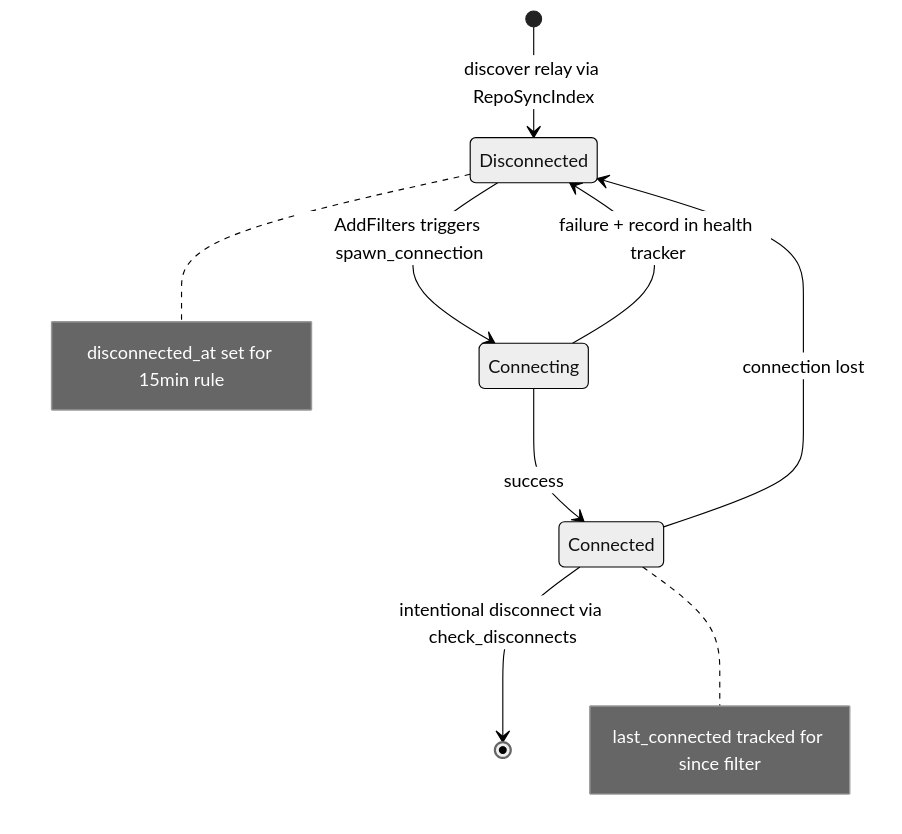
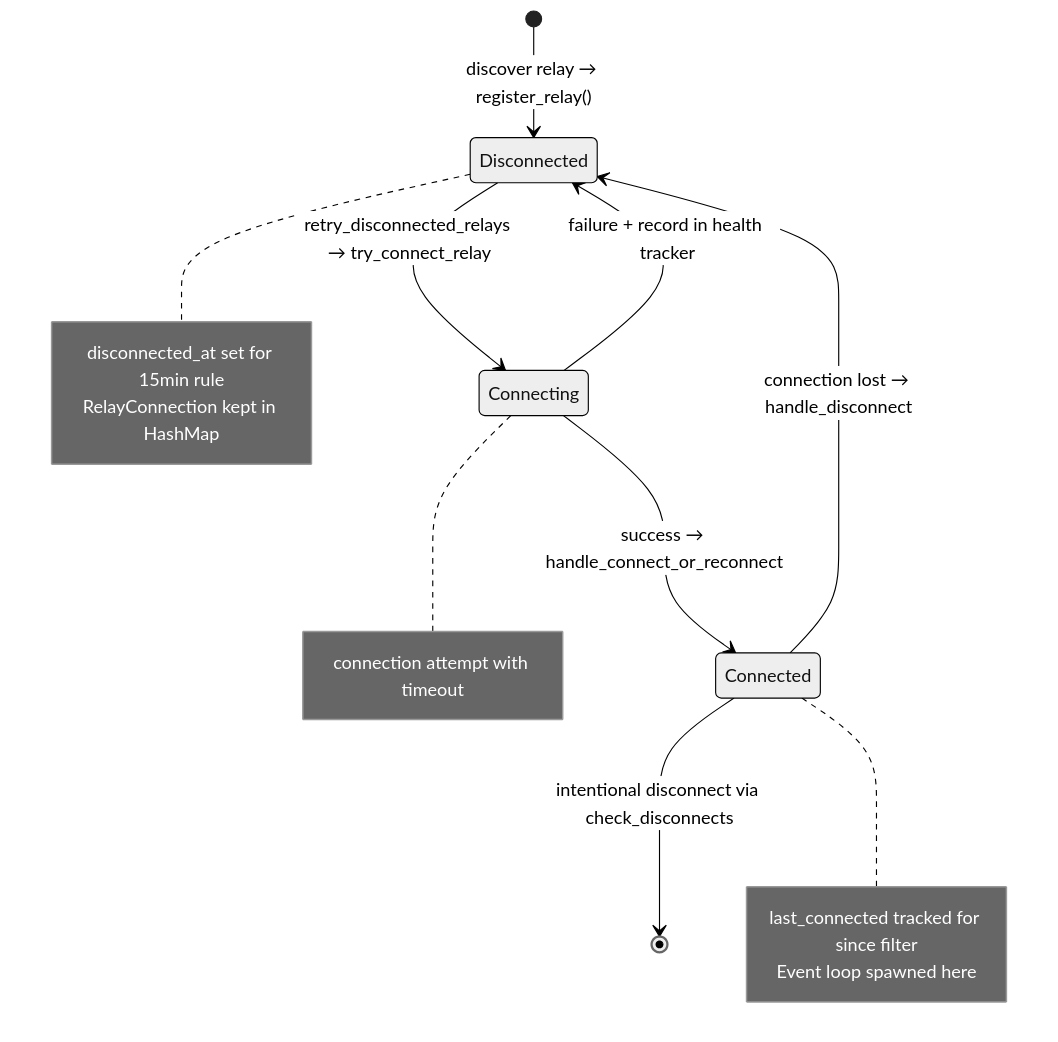
Before and after one commit to Pleb5/ngit-grasp: the first of 10 diagrams in docs/explanation/grasp-02-proactive-sync.md, drawn with Mermaid (neutral theme). The commit also changed other lines of this file and 3 other files, not shown here.

Commit message:
sync: new connection logic

````diff
--- a/docs/explanation/grasp-02-proactive-sync.md
+++ b/docs/explanation/grasp-02-proactive-sync.md
@@ -129,12 +142,13 @@
 ```mermaid
 stateDiagram-v2
-    [*] --> Disconnected: discover relay via RepoSyncIndex
-    Disconnected --> Connecting: AddFilters triggers spawn_connection
-    Connecting --> Connected: success
+    [*] --> Disconnected: discover relay → register_relay()
+    Disconnected --> Connecting: retry_disconnected_relays → try_connect_relay
+    Connecting --> Connected: success → handle_connect_or_reconnect
     Connecting --> Disconnected: failure + record in health tracker
-    Connected --> Disconnected: connection lost
+    Connected --> Disconnected: connection lost → handle_disconnect
     Connected --> [*]: intentional disconnect via check_disconnects
 
-    note right of Disconnected: disconnected_at set for 15min rule
-    note right of Connected: last_connected tracked for since filter
+    note right of Disconnected: disconnected_at set for 15min rule<br/>RelayConnection kept in HashMap
+    note right of Connected: last_connected tracked for since filter<br/>Event loop spawned here
+    note right of Connecting: connection attempt with timeout
 ```
````
